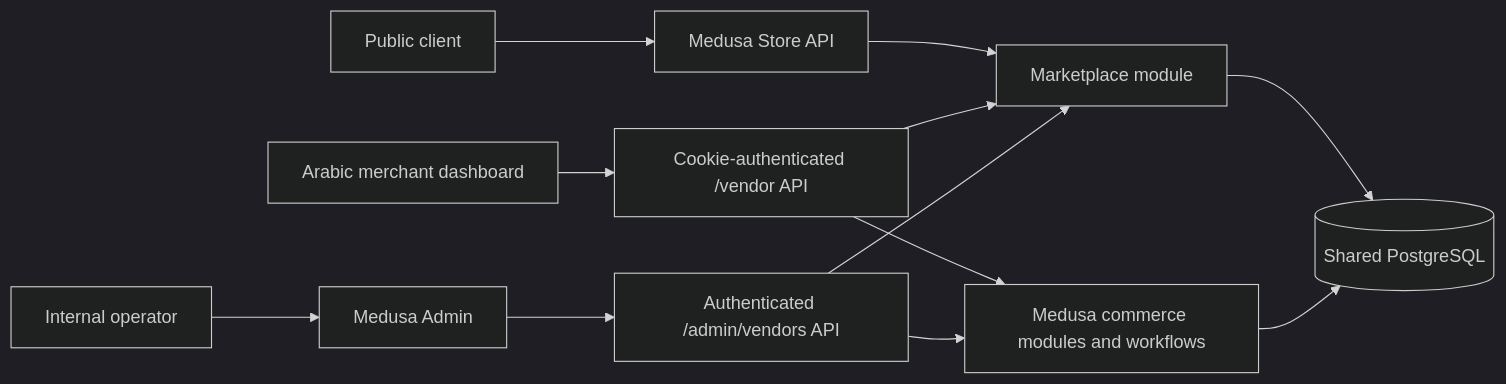
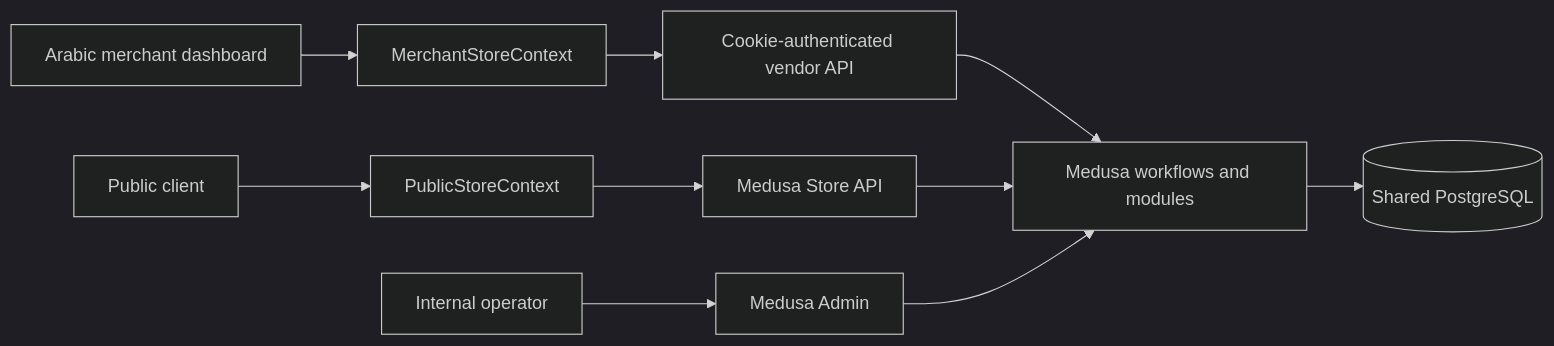
One commit to Mohamed-Ellabib/Harouge-Dashboard changed the diagram in docs/saas-pivot/current-architecture.md. Above: the diagram before and after it, drawn with Mermaid (dark theme). The commit also changed other lines of this file and 26 other files, not shown here.

````diff
--- a/docs/saas-pivot/current-architecture.md
+++ b/docs/saas-pivot/current-architecture.md
@@ -5,14 +7,12 @@
 ```mermaid
 flowchart LR
-  Shopper[Public client] --> StoreAPI[Medusa Store API]
-  Merchant[Arabic merchant dashboard] --> MerchantAPI[Cookie-authenticated /vendor API]
+  Shopper[Public client] --> PublicContext[PublicStoreContext]
+  PublicContext --> StoreAPI[Medusa Store API]
+  Merchant[Arabic merchant dashboard] --> MerchantContext[MerchantStoreContext]
+  MerchantContext --> VendorAPI[Cookie-authenticated vendor API]
   Operator[Internal operator] --> Admin[Medusa Admin]
-  Admin --> AdminAPI[Authenticated /admin/vendors API]
-  StoreAPI --> Marketplace[Marketplace module]
-  MerchantAPI --> Marketplace
-  MerchantAPI --> Core[Medusa commerce modules and workflows]
-  AdminAPI --> Marketplace
-  AdminAPI --> Core
-  Marketplace --> DB[(Shared PostgreSQL)]
-  Core --> DB
+  VendorAPI --> Core[Medusa workflows and modules]
+  StoreAPI --> Core
+  Admin --> Core
+  Core --> DB[(Shared PostgreSQL)]
 ```
````
